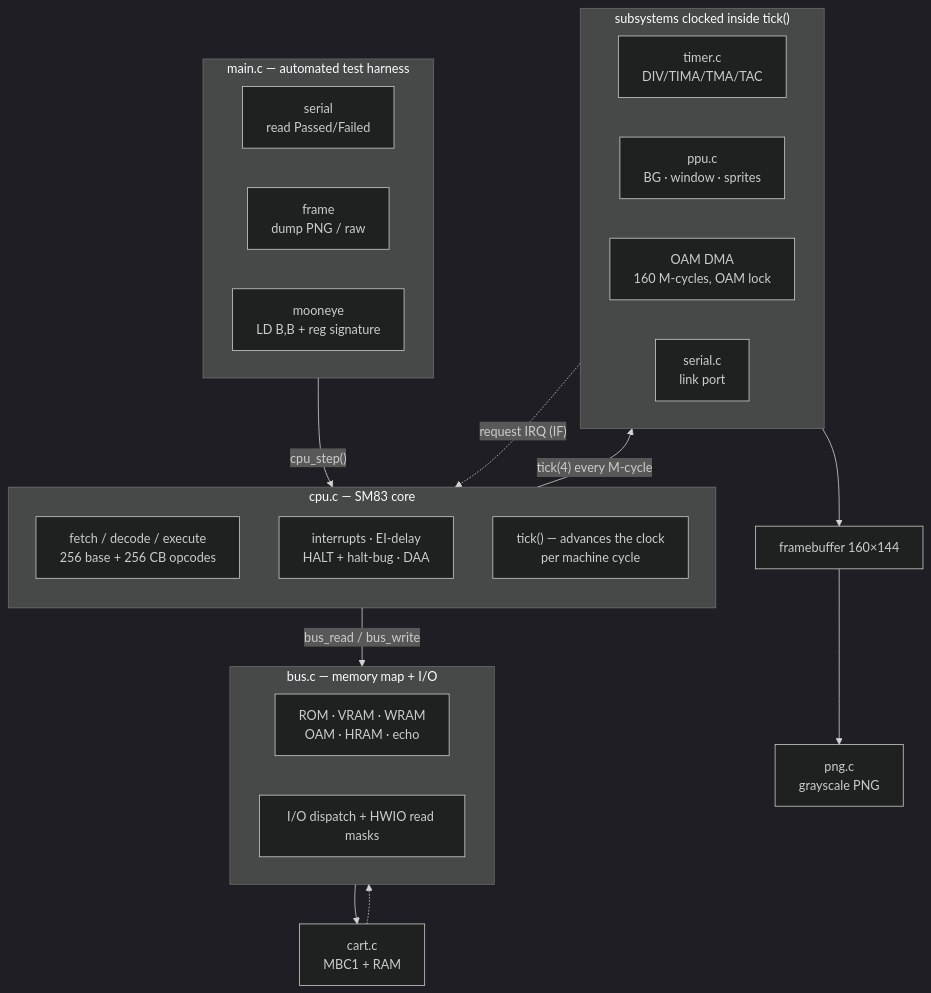
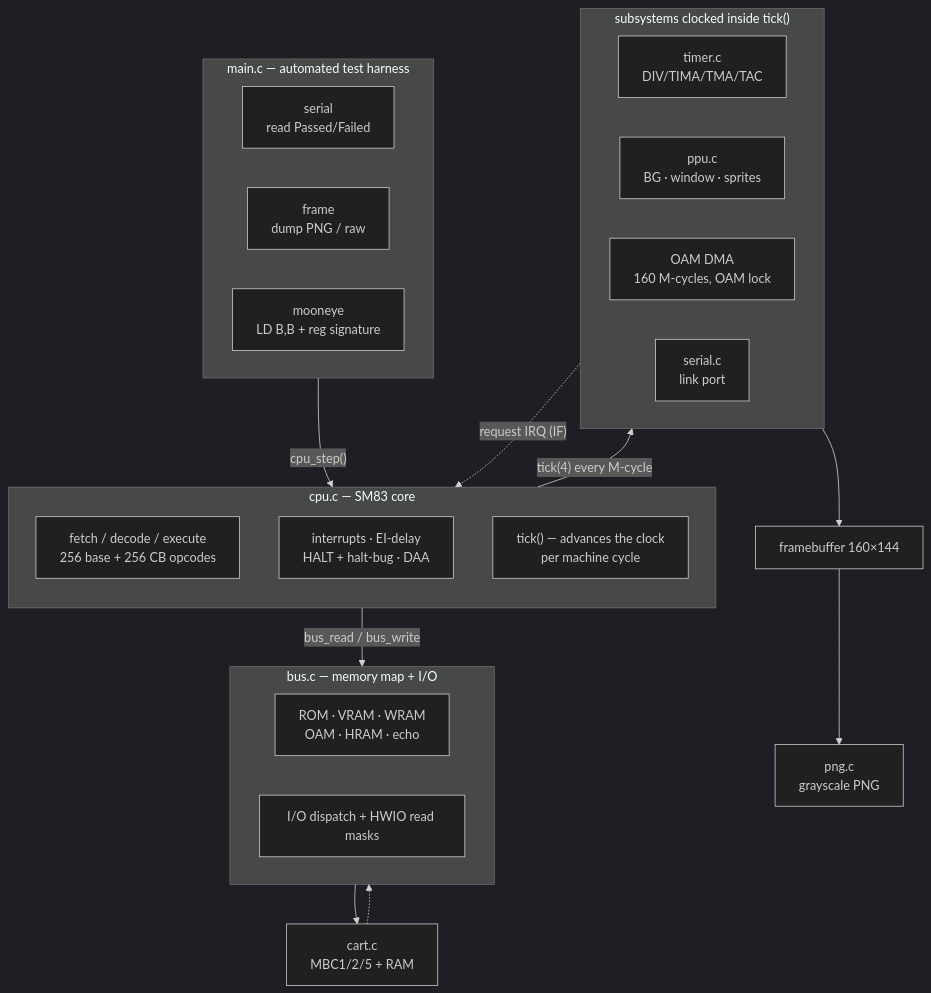
The diagram in README.md (yusenthebot/gameboy-emu), drawn with Mermaid (dark theme) before and after one commit. The commit also changed other lines of this file, not shown here.

Commit message:
docs: fix stale README counts (gate output, cart.c diagram, ppu.c lines)

````diff
--- a/README.md
+++ b/README.md
@@ -36,40 +36,40 @@
 ```mermaid
 flowchart TB
     subgraph H["main.c — automated test harness"]
         direction LR
         H1["serial<br/>read Passed/Failed"]
         H2["frame<br/>dump PNG / raw"]
         H3["mooneye<br/>LD B,B + reg signature"]
     end
 
     H -->|"cpu_step()"| CPU
 
     subgraph CPU["cpu.c — SM83 core"]
         direction TB
         C1["fetch / decode / execute<br/>256 base + 256 CB opcodes"]
         C2["interrupts · EI-delay<br/>HALT + halt-bug · DAA"]
         C3["tick() — advances the clock<br/>per machine cycle"]
     end
 
     CPU -->|"bus_read / bus_write"| BUS
     CPU -->|"tick(4) every M-cycle"| SUB
 
     subgraph BUS["bus.c — memory map + I/O"]
         B1["ROM · VRAM · WRAM<br/>OAM · HRAM · echo"]
         B2["I/O dispatch + HWIO read masks"]
     end
 
     subgraph SUB["subsystems clocked inside tick()"]
         direction LR
         T1["timer.c<br/>DIV/TIMA/TMA/TAC"]
         T2["ppu.c<br/>BG · window · sprites"]
         T3["OAM DMA<br/>160 M-cycles, OAM lock"]
         T4["serial.c<br/>link port"]
     end
 
-    BUS --> CART["cart.c<br/>MBC1 + RAM"]
+    BUS --> CART["cart.c<br/>MBC1/2/5 + RAM"]
     T2 --> FB["framebuffer 160×144"]
     FB --> PNG["png.c<br/>grayscale PNG"]
     CART -.-> BUS
     SUB -.->|"request IRQ (IF)"| CPU
 ```
````
